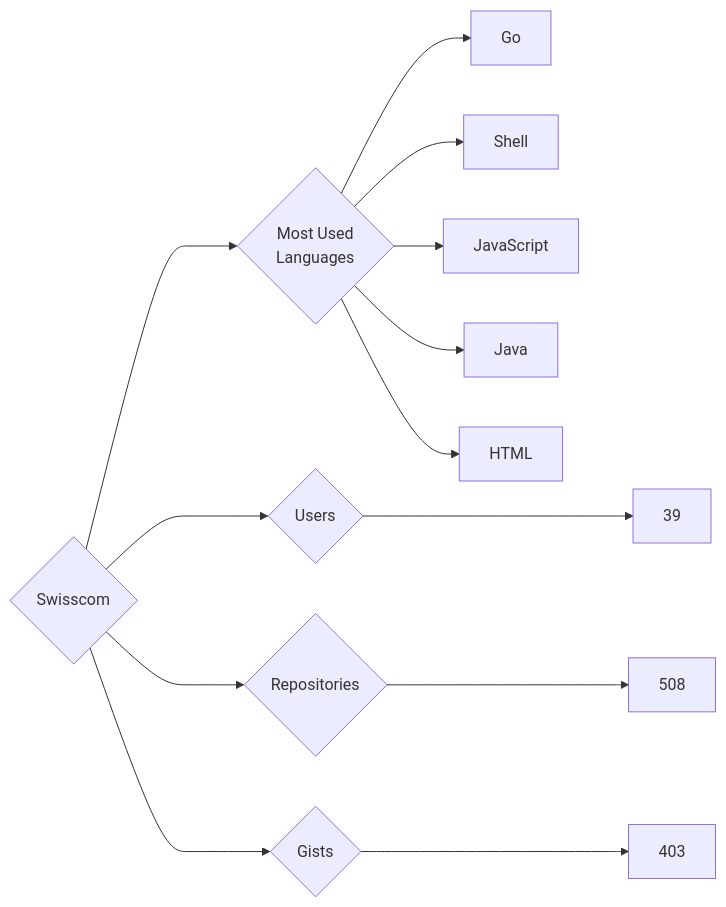
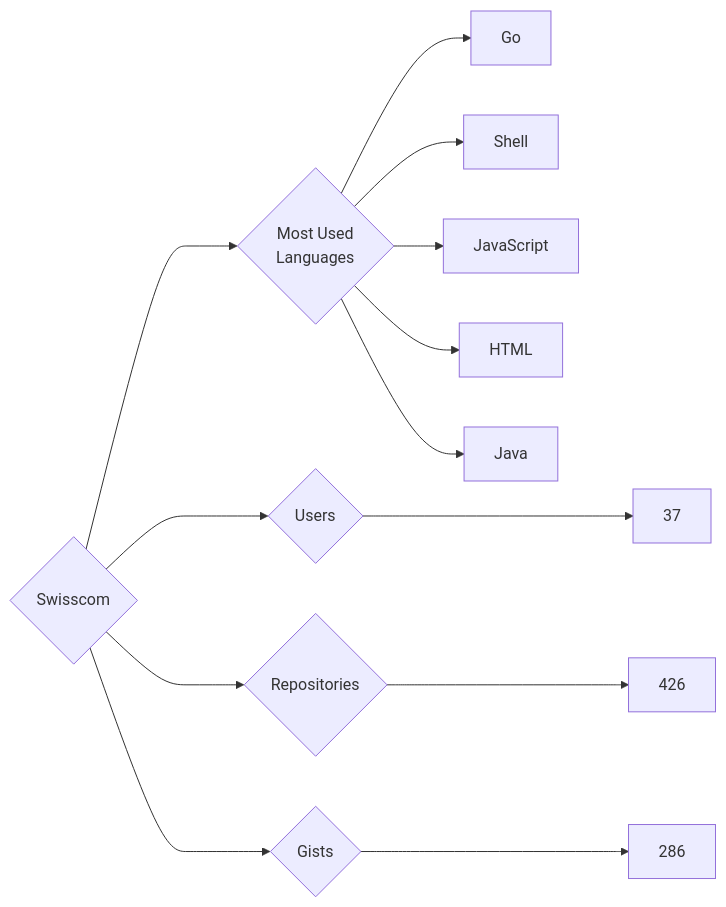
Before and after one commit to trickest/insiders: the diagram in targets/Swisscom/README.md, drawn with Mermaid. The commit also changed 995 other files, not shown here.

````diff
--- a/targets/Swisscom/README.md
+++ b/targets/Swisscom/README.md
@@ -3,13 +3,13 @@
 ```mermaid
 graph LR
 COMPANY_NAME{Swisscom}
-COMPANY_NAME ---> U{Users} ---> UN[39]
-COMPANY_NAME ---> R{Repositories} ---> RN[508]
-COMPANY_NAME ---> G{Gists} ---> GN[403]
+COMPANY_NAME ---> U{Users} ---> UN[37]
+COMPANY_NAME ---> R{Repositories} ---> RN[426]
+COMPANY_NAME ---> G{Gists} ---> GN[286]
 COMPANY_NAME ---> ML{Most Used<br>Languages}
 ML --> Go[Go]
 ML --> Shell[Shell]
 ML --> JavaScript[JavaScript]
+ML --> HTML[HTML]
 ML --> Java[Java]
-ML --> HTML[HTML]
 ```
````
